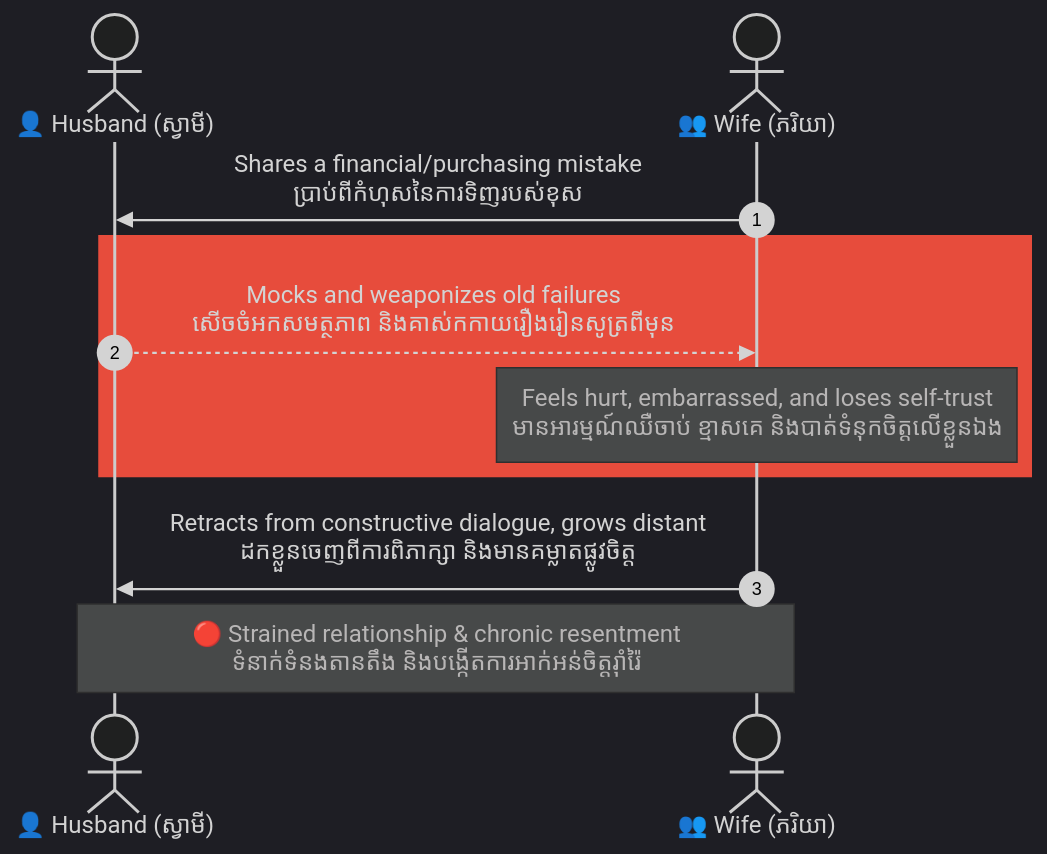
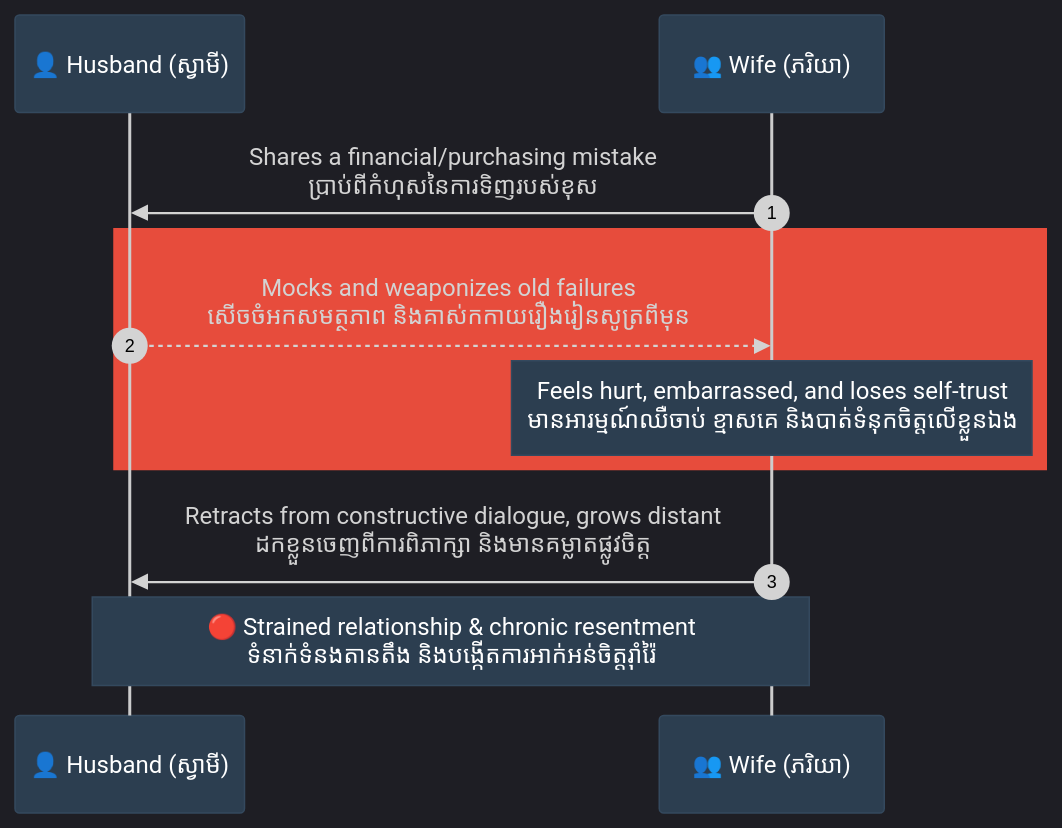
The fifth of 6 diagrams in feeds/concepts/articles/03-science-of-communication-eq-flaws.md (iblogger855/iblogger-feeds), drawn with Mermaid before and after one commit. The commit also changed other lines of this file and 1 other file, not shown here.

Commit message:
style(visual): fix sequence diagram text and actor backgrounds for light mode compatibility

````diff
--- a/feeds/concepts/articles/03-science-of-communication-eq-flaws.md
+++ b/feeds/concepts/articles/03-science-of-communication-eq-flaws.md
@@ -294,25 +318,31 @@
 ```mermaid
 %%{init: {
   'theme': 'dark',
   'themeVariables': {
     'background': '#1e1e1e',
     'primaryTextColor': '#ffffff',
-    'lineColor': '#a0a0a0'
+    'lineColor': '#a0a0a0',
+    'actorBkg': '#2c3e50',
+    'actorBorder': '#34495e',
+    'actorTextColor': '#ffffff',
+    'noteBkgColor': '#2c3e50',
+    'noteTextColor': '#ffffff',
+    'noteBorderColor': '#34495e'
   },
-  'themeCSS': 'svg { background-color: #1e1e1e !important; padding: 1rem !important; border-radius: 8px !important; } .edgeLabel rect { fill: #1e1e1e !important; } text, tspan { fill: #ffffff !important; }'
+  'themeCSS': 'svg { background-color: #1e1e1e !important; padding: 1rem !important; border-radius: 8px !important; } .edgeLabel rect { fill: #1e1e1e !important; } text, tspan { fill: #ffffff !important; } @media (prefers-color-scheme: light) { text, tspan, .messageText, .signalText { fill: #1e1e1e !important; } .actor text, .actor tspan, .note text, .note tspan, .loopText, .loopText tspan { fill: #ffffff !important; } }'
 }}%%
 sequenceDiagram
     autonumber
-    actor Hsb as 👤 Husband (ស្វាមី)
-    actor Wfe as 👥 Wife (ភរិយា)
+    participant Hsb as 👤 Husband (ស្វាមី)
+    participant Wfe as 👥 Wife (ភរិយា)
 
     Wfe->>Hsb: Shares a financial/purchasing mistake<br/>ប្រាប់ពីកំហុសនៃការទិញរបស់ខុស
     
     rect rgb(231, 76, 60)
         Hsb-->>Wfe: Mocks and weaponizes old failures<br/>សើចចំអកសមត្ថភាព និងគាស់កកាយរឿងរៀនសូត្រពីមុន
         Note over Wfe: Feels hurt, embarrassed, and loses self-trust<br/>មានអារម្មណ៍ឈឺចាប់ ខ្មាសគេ និងបាត់ទំនុកចិត្តលើខ្លួនឯង
     end
     
     Wfe->>Hsb: Retracts from constructive dialogue, grows distant<br/>ដកខ្លួនចេញពីការពិភាក្សា និងមានគម្លាតផ្លូវចិត្ត
     Note over Hsb, Wfe: 🔴 Strained relationship & chronic resentment<br/>ទំនាក់ទំនងតានតឹង និងបង្កើតការអាក់អន់ចិត្តរ៉ាំរ៉ៃ
 ```
````
